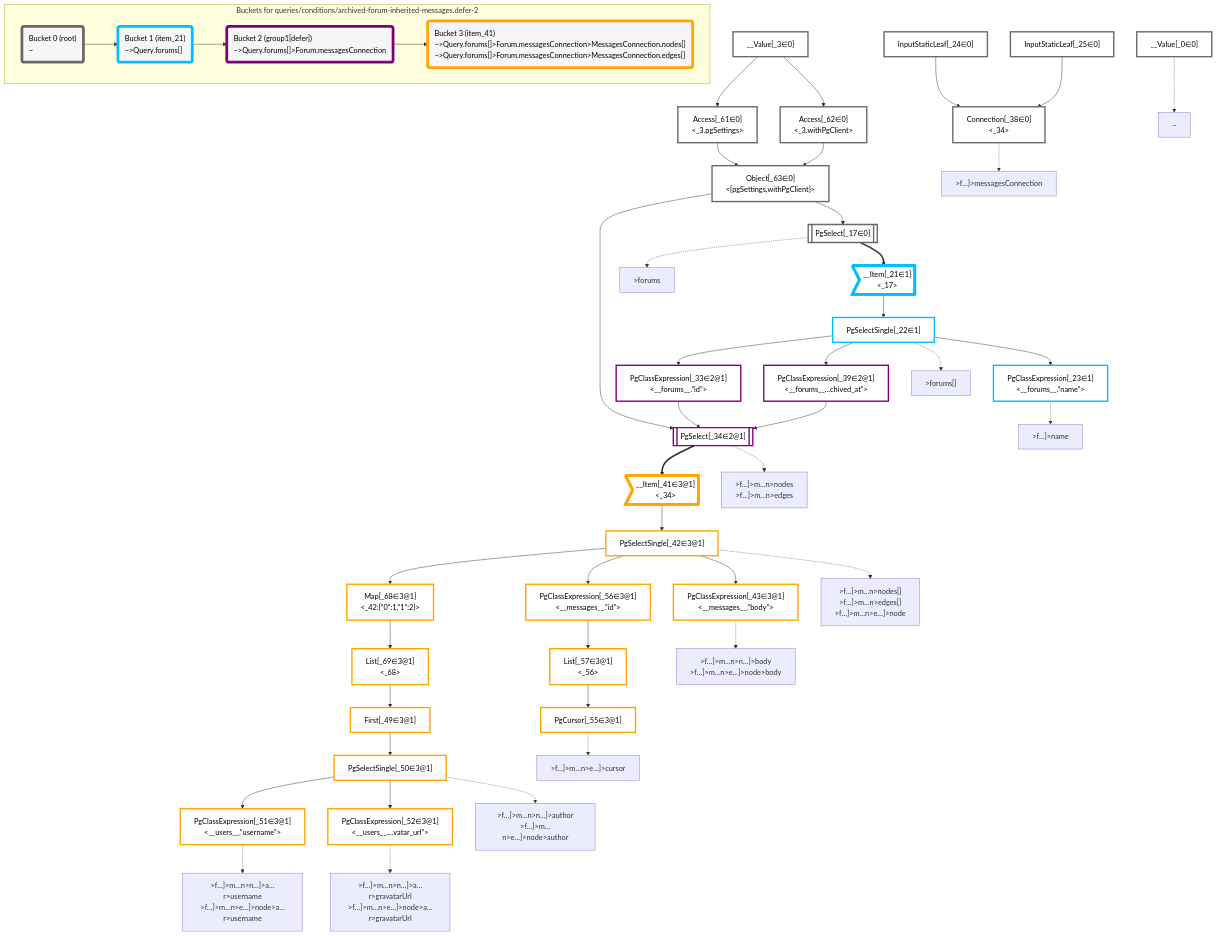
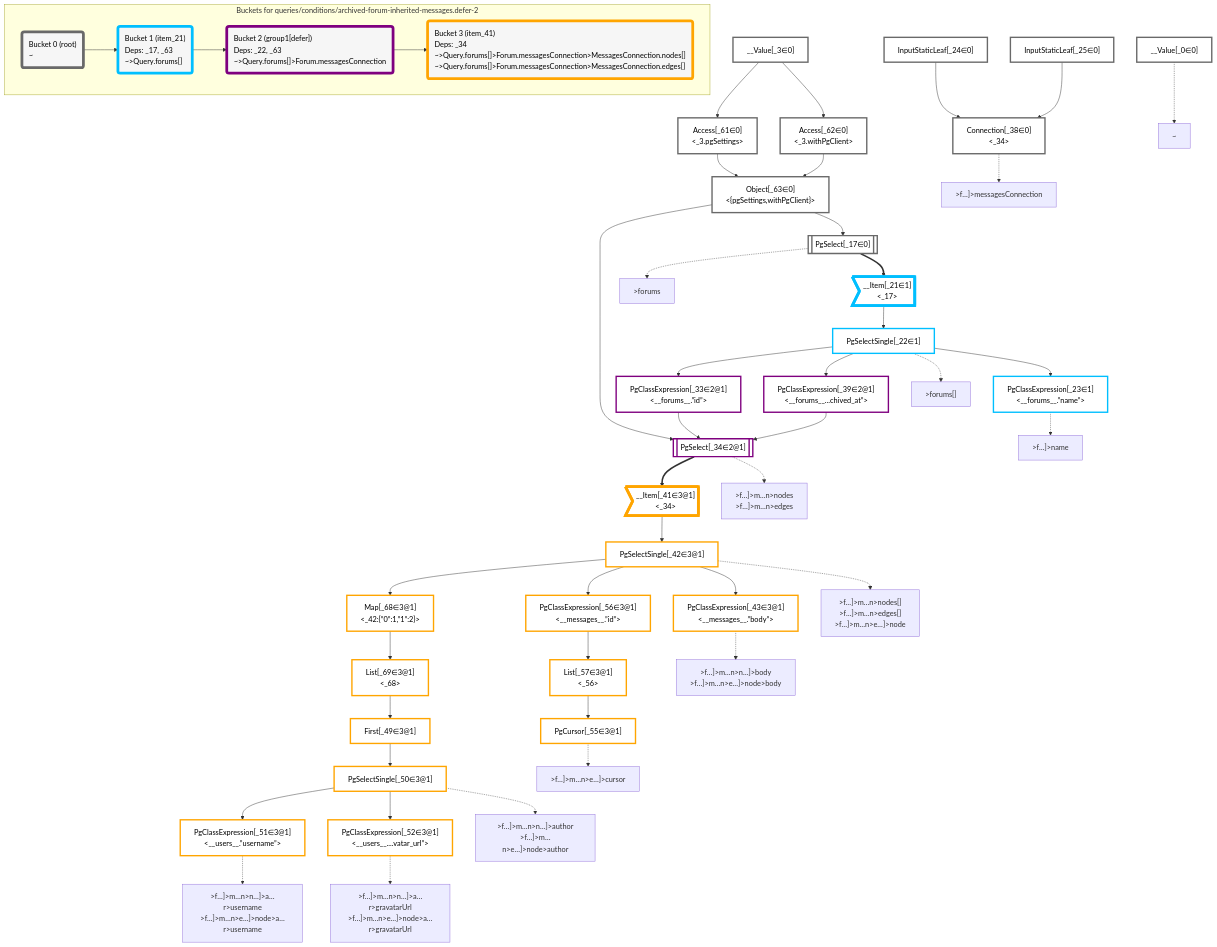
Before and after one commit to graphile/crystal: the diagram in packages/dataplan-pg/__tests__/queries/conditions/archived-forum-inherited-messages.defer-2.mermaid.md, drawn with Mermaid. The commit also changed 157 other files, not shown here.

Commit message:
Add deps to all query snapshots

```diff
--- a/packages/dataplan-pg/__tests__/queries/conditions/archived-forum-inherited-messages.defer-2.mermaid.md
+++ b/packages/dataplan-pg/__tests__/queries/conditions/archived-forum-inherited-messages.defer-2.mermaid.md
@@ -104,13 +104,13 @@
     subgraph "Buckets for queries/conditions/archived-forum-inherited-messages.defer-2"
     Bucket0("Bucket 0 (root)<br />~"):::bucket
     style Bucket0 stroke:#696969
-    Bucket1("Bucket 1 (item_21)<br />~>Query.forums[]"):::bucket
+    Bucket1("Bucket 1 (item_21)<br />Deps: _17, _63<br />~>Query.forums[]"):::bucket
     style Bucket1 stroke:#00bfff
     Bucket0 --> Bucket1
-    Bucket2("Bucket 2 (group1[defer])<br />~>Query.forums[]>Forum.messagesConnection"):::bucket
+    Bucket2("Bucket 2 (group1[defer])<br />Deps: _22, _63<br />~>Query.forums[]>Forum.messagesConnection"):::bucket
     style Bucket2 stroke:#7f007f
     Bucket1 --> Bucket2
-    Bucket3("Bucket 3 (item_41)<br />~>Query.forums[]>Forum.messagesConnection>MessagesConnection.nodes[]<br />~>Query.forums[]>Forum.messagesConnection>MessagesConnection.edges[]"):::bucket
+    Bucket3("Bucket 3 (item_41)<br />Deps: _34<br />~>Query.forums[]>Forum.messagesConnection>MessagesConnection.nodes[]<br />~>Query.forums[]>Forum.messagesConnection>MessagesConnection.edges[]"):::bucket
     style Bucket3 stroke:#ffa500
     Bucket2 --> Bucket3
     end
```
